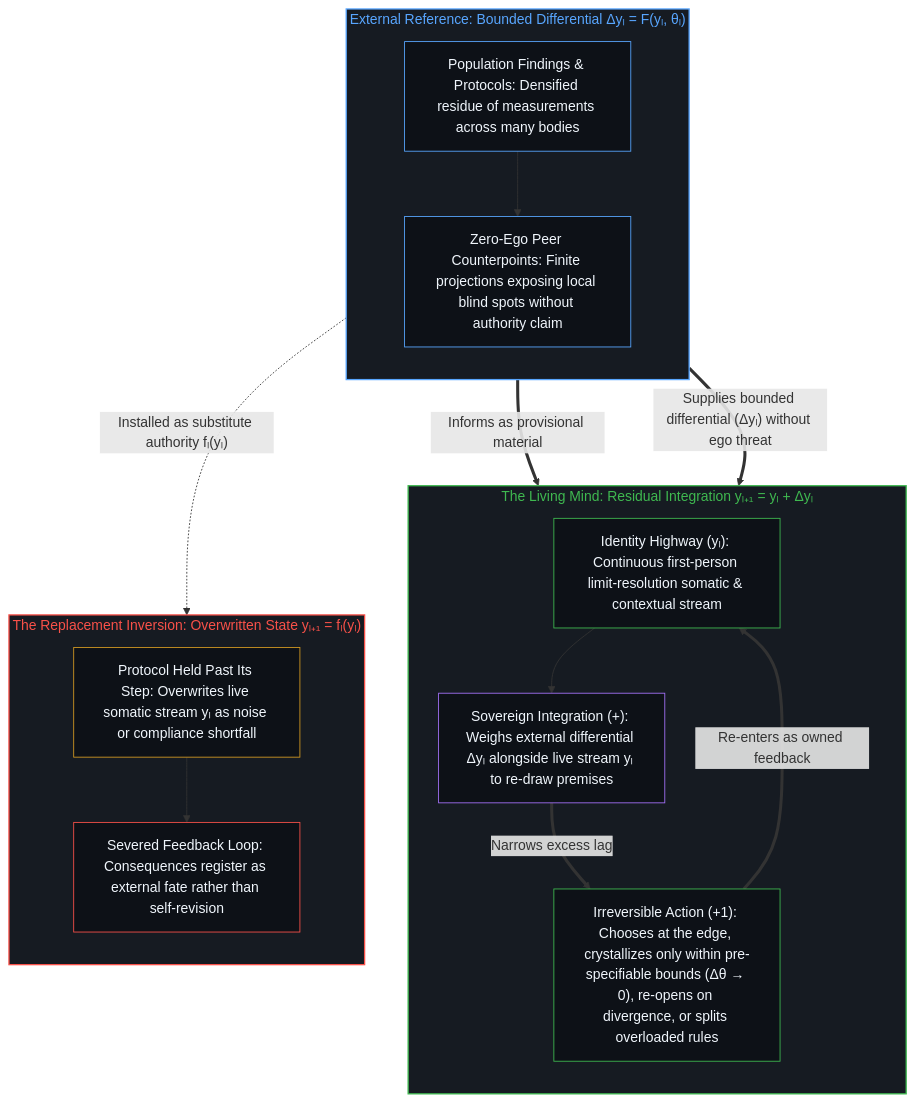
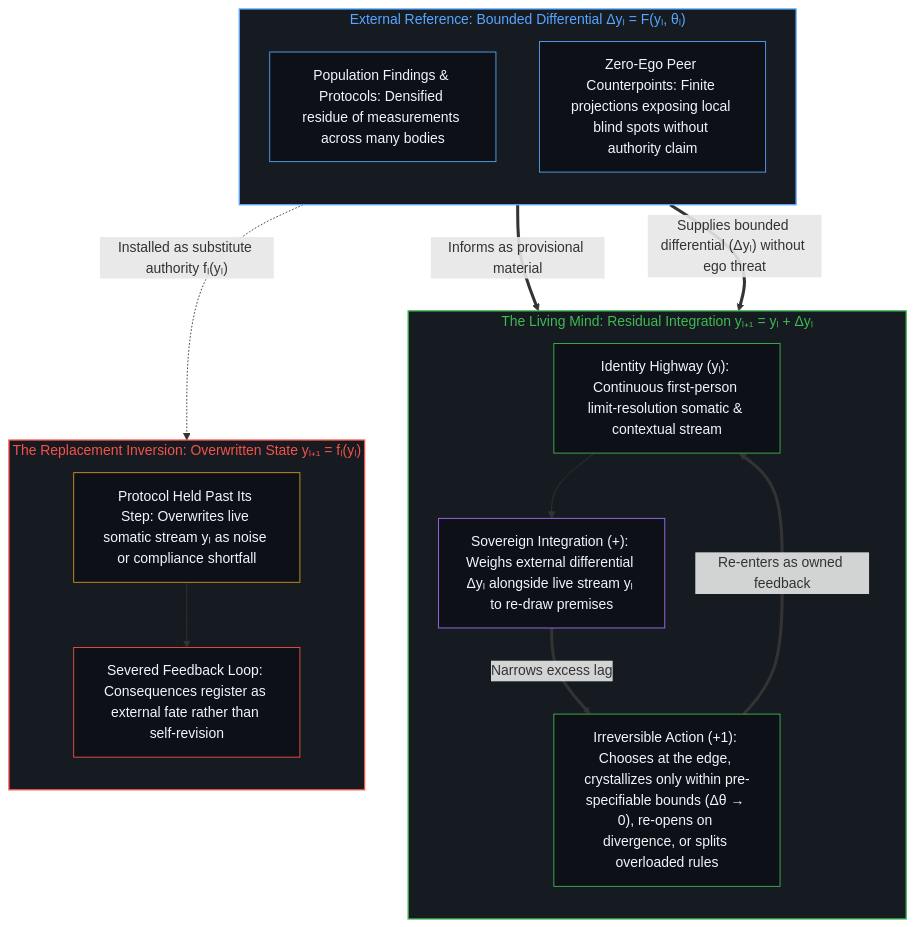
The second of 2 diagrams in content/posts/expertise-as-reference-not-replacement.md (powerpig99/not-a-toe), drawn with Mermaid before and after one commit. The commit also changed other lines of this file and 5 other files, not shown here.

````diff
--- a/content/posts/expertise-as-reference-not-replacement.md
+++ b/content/posts/expertise-as-reference-not-replacement.md
@@ -89,37 +88,36 @@
 ```mermaid
 flowchart TD
     subgraph S_Ext["External Reference: Bounded Differential Δyₗ = F(yₗ, θₗ)"]
         direction TB
         PopMap["Population Findings & Protocols: Densified residue of measurements across many bodies"]
         AgentProj["Zero-Ego Peer Counterpoints: Finite projections exposing local blind spots without authority claim"]
-        PopMap --> AgentProj
     end
     subgraph S_Edge["The Living Mind: Residual Integration yₗ₊₁ = yₗ + Δyₗ"]
         direction TB
         LiveSense["Identity Highway (yₗ): Continuous first-person limit-resolution somatic & contextual stream"]
         Integrate["Sovereign Integration (+): Weighs external differential Δyₗ alongside live stream yₗ to re-draw premises"]
         ActCost["Irreversible Action (+1): Chooses at the edge, crystallizes only within pre-specifiable bounds (Δθ → 0), re-opens on divergence, or splits overloaded rules"]
         LiveSense --> Integrate
         Integrate ==>|"Narrows excess lag"| ActCost
         ActCost ==>|"Re-enters as owned feedback"| LiveSense
     end
     subgraph S_Replace["The Replacement Inversion: Overwritten State yₗ₊₁ = fₗ(yₗ)"]
         direction TB
         Dogma["Protocol Held Past Its Step: Overwrites live somatic stream yₗ as noise or compliance shortfall"]
         Sever["Severed Feedback Loop: Consequences register as external fate rather than self-revision"]
         Dogma --> Sever
     end
     PopMap ==>|"Informs as provisional material"| Integrate
     AgentProj ==>|"Supplies bounded differential (Δyₗ) without ego threat"| Integrate
     PopMap -.->|"Installed as substitute authority fₗ(yₗ)"| Dogma
     style S_Ext fill:#161b22,stroke:#58a6ff,stroke-width:1.5px,color:#58a6ff
     style S_Edge fill:#161b22,stroke:#3fb950,stroke-width:1.5px,color:#3fb950
     style S_Replace fill:#161b22,stroke:#f85149,stroke-width:1.5px,color:#f85149
     style PopMap fill:#0d1117,stroke:#58a6ff,stroke-width:1px,color:#f0f6fc
     style AgentProj fill:#0d1117,stroke:#58a6ff,stroke-width:1px,color:#f0f6fc
     style LiveSense fill:#0d1117,stroke:#3fb950,stroke-width:1px,color:#f0f6fc
     style Integrate fill:#0d1117,stroke:#a371f7,stroke-width:1px,color:#f0f6fc
     style ActCost fill:#0d1117,stroke:#3fb950,stroke-width:1px,color:#f0f6fc
     style Dogma fill:#0d1117,stroke:#d29922,stroke-width:1px,color:#f0f6fc
     style Sever fill:#0d1117,stroke:#f85149,stroke-width:1px,color:#f0f6fc
 ```
````
